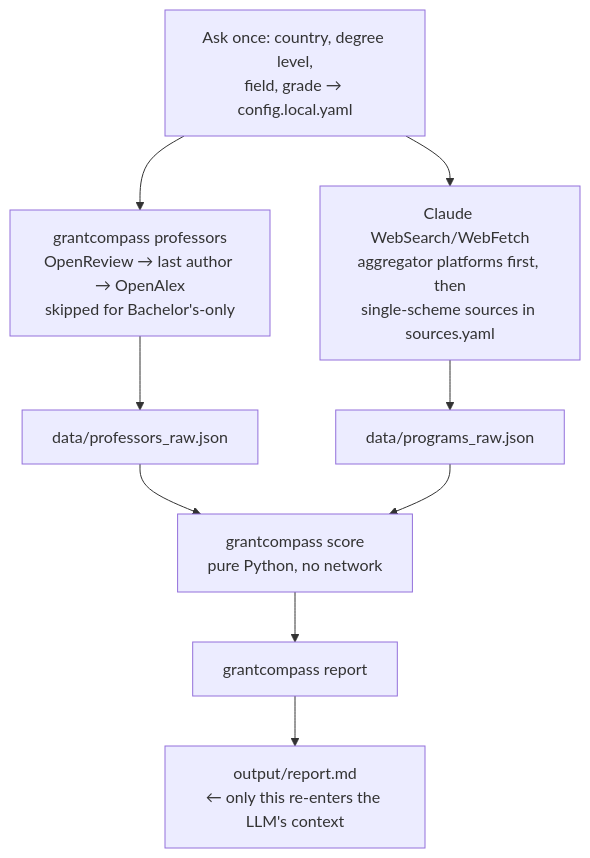
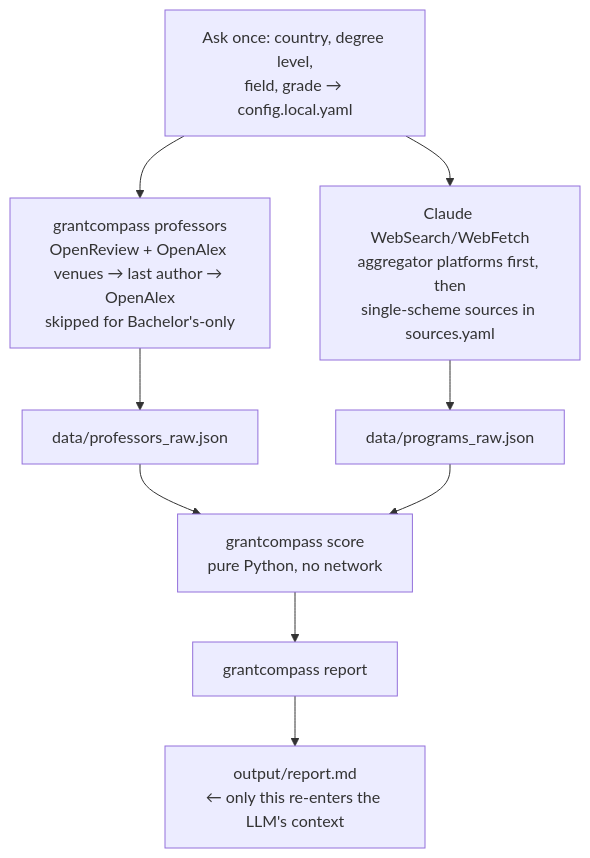
Before and after one commit to alexkngs/grant-compass: the diagram in README.md, drawn with Mermaid. The commit also changed other lines of this file and 4 other files, not shown here.

First line of the commit message:
Add design research venues to PI discovery via OpenAlex

````diff
--- a/README.md
+++ b/README.md
@@ -65,11 +65,11 @@
 ```mermaid
 flowchart TD
-    A[Ask once: country, degree level,<br/>field, grade → config.local.yaml] --> B[grantcompass professors<br/>OpenReview → last author → OpenAlex<br/>skipped for Bachelor's-only]
+    A[Ask once: country, degree level,<br/>field, grade → config.local.yaml] --> B[grantcompass professors<br/>OpenReview + OpenAlex venues → last author → OpenAlex<br/>skipped for Bachelor's-only]
     A --> C[Claude WebSearch/WebFetch<br/>aggregator platforms first, then<br/>single-scheme sources in sources.yaml]
     B --> D[data/professors_raw.json]
     C --> E[data/programs_raw.json]
     D --> F[grantcompass score<br/>pure Python, no network]
     E --> F
     F --> G[grantcompass report]
     G --> H[output/report.md<br/>← only this re-enters the LLM's context]
 ```
````
